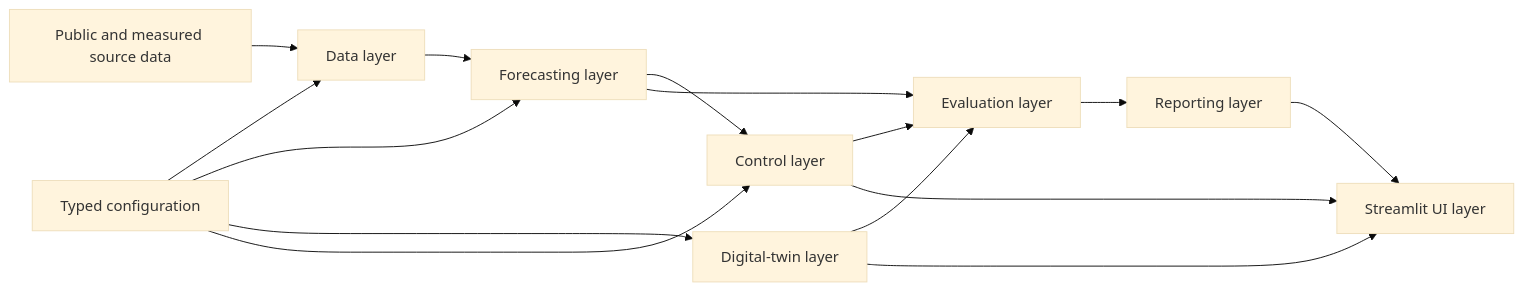
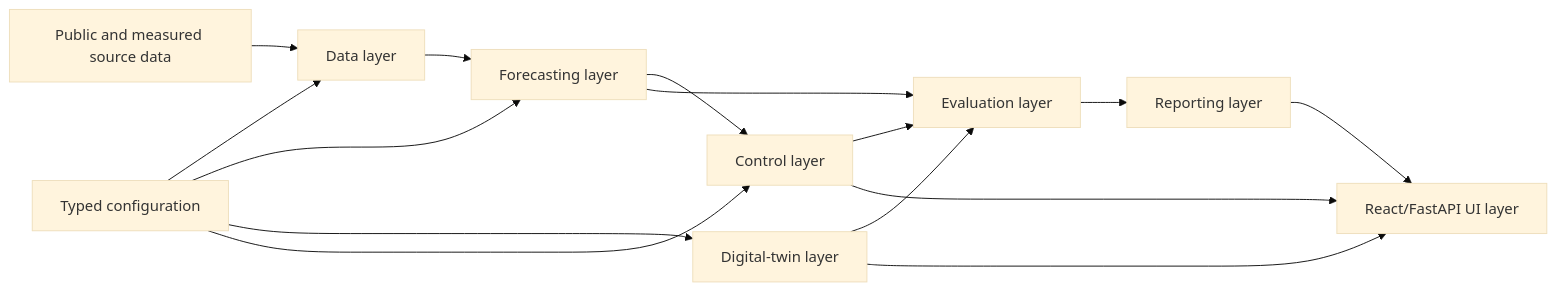
The diagram in docs/ARCHITECTURE.md (anthe8105/GreenMPC_VAIC), drawn with Mermaid (base theme) before and after one commit. The commit also changed other lines of this file and 55 other files, not shown here.

Commit message:
Implement React FastAPI live command center

````diff
--- a/docs/ARCHITECTURE.md
+++ b/docs/ARCHITECTURE.md
@@ -43,17 +43,17 @@
 ```mermaid
 flowchart LR
     Raw[Public and measured source data] --> Data[Data layer]
     Data --> Forecast[Forecasting layer]
     Forecast --> Control[Control layer]
     Config[Typed configuration] --> Data
     Config --> Forecast
     Config --> Sim[Digital-twin layer]
     Config --> Control
     Sim --> Eval[Evaluation layer]
     Control --> Eval
     Forecast --> Eval
     Eval --> Report[Reporting layer]
-    Report --> UI[Streamlit UI layer]
+    Report --> UI[React/FastAPI UI layer]
     Control --> UI
     Sim --> UI
 ```
````
